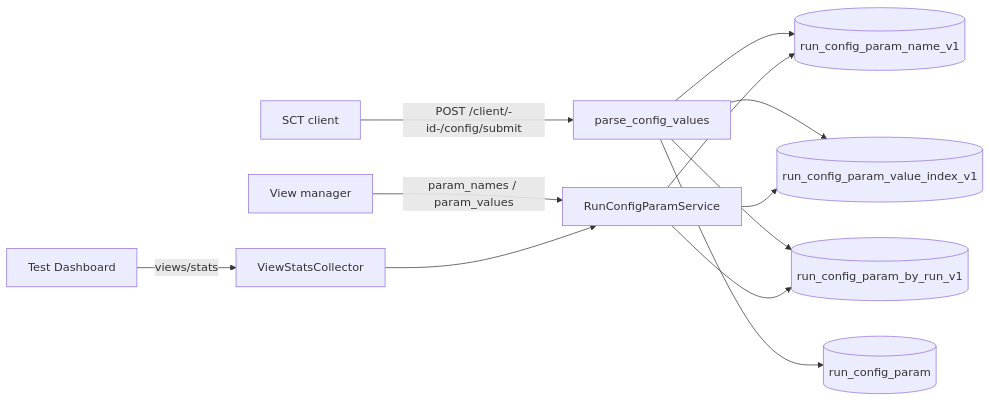
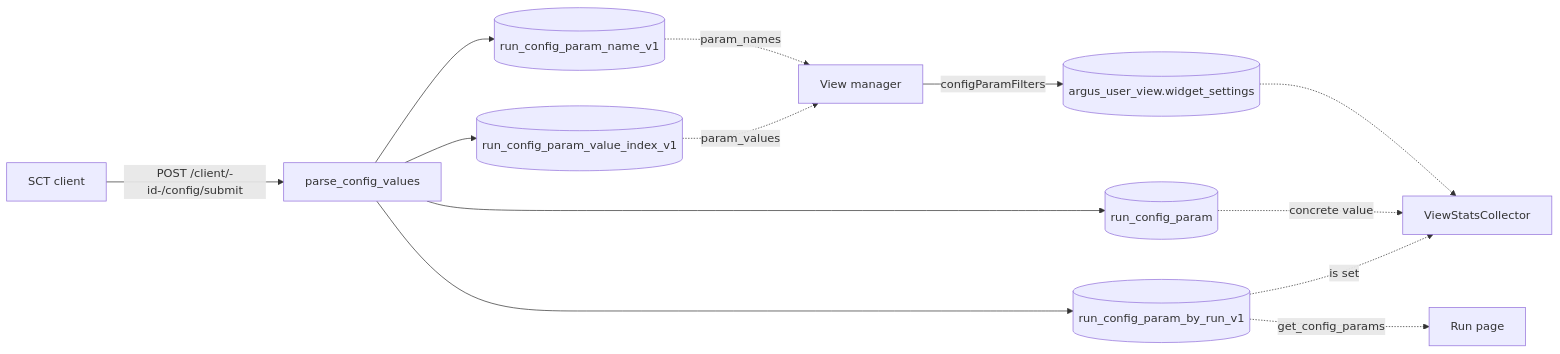
Before and after one commit to scylladb/argus: the first of 3 diagrams in tasks/ARGUS-157/spec.md, drawn with Mermaid. The commit also changed other lines of this file, not shown here.

First line of the commit message:
docs(tasks): show how each config param table is read

````diff
--- a/tasks/ARGUS-157/spec.md
+++ b/tasks/ARGUS-157/spec.md
@@ -47,14 +53,15 @@
 ```mermaid
 flowchart LR
     SCT[SCT client] -->|POST /client/-id-/config/submit| PCV[parse_config_values]
     PCV --> L[(run_config_param)]
     PCV --> BR[(run_config_param_by_run_v1)]
     PCV --> VI[(run_config_param_value_index_v1)]
     PCV --> NC[(run_config_param_name_v1)]
-    VM[View manager] -->|param_names / param_values| RCS[RunConfigParamService]
-    RCS --> NC
-    RCS --> VI
-    VD[Test Dashboard] -->|views/stats| VSC[ViewStatsCollector]
-    VSC --> RCS
-    RCS --> BR
+    NC -.->|param_names| VM[View manager]
+    VI -.->|param_values| VM
+    VM -->|configParamFilters| WS[(argus_user_view.widget_settings)]
+    WS -.-> VSC[ViewStatsCollector]
+    L -.->|concrete value| VSC
+    BR -.->|is set| VSC
+    BR -.->|get_config_params| RP[Run page]
 ```
````
